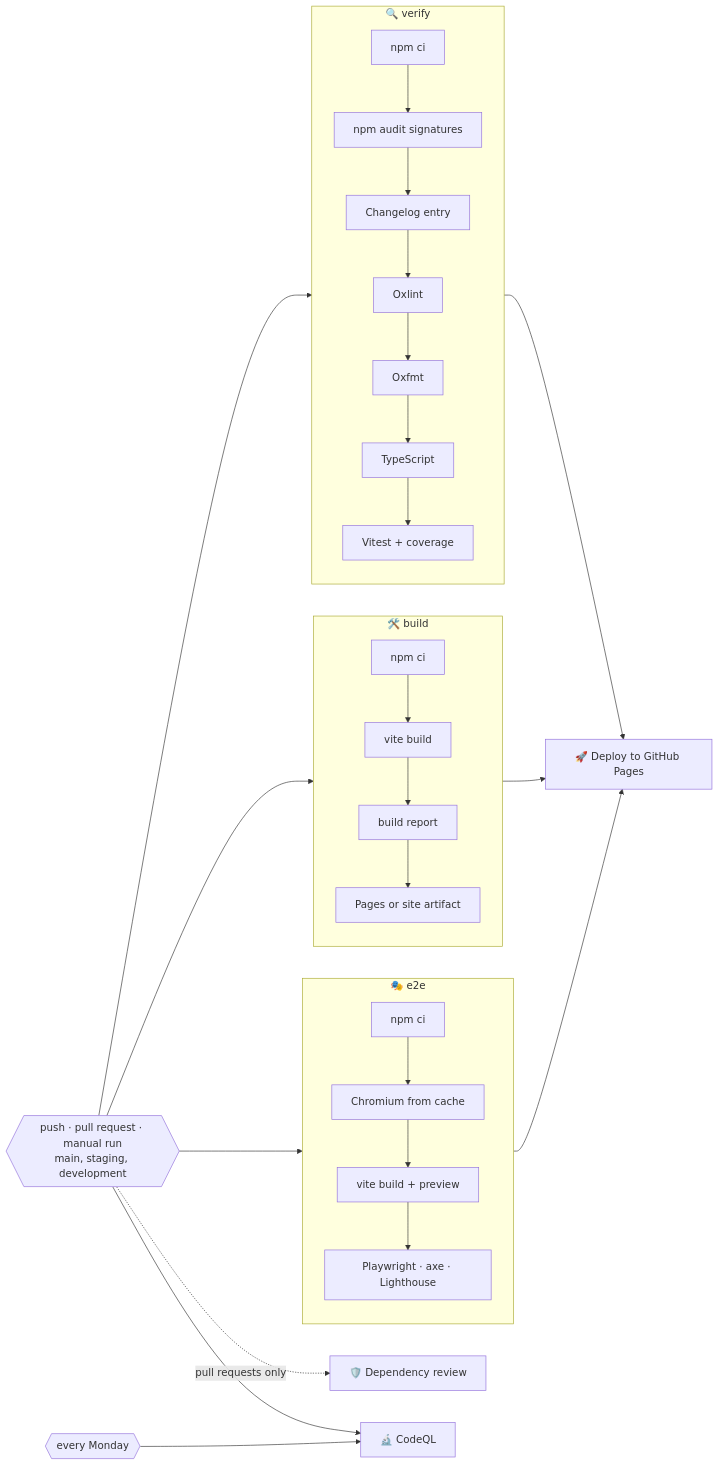
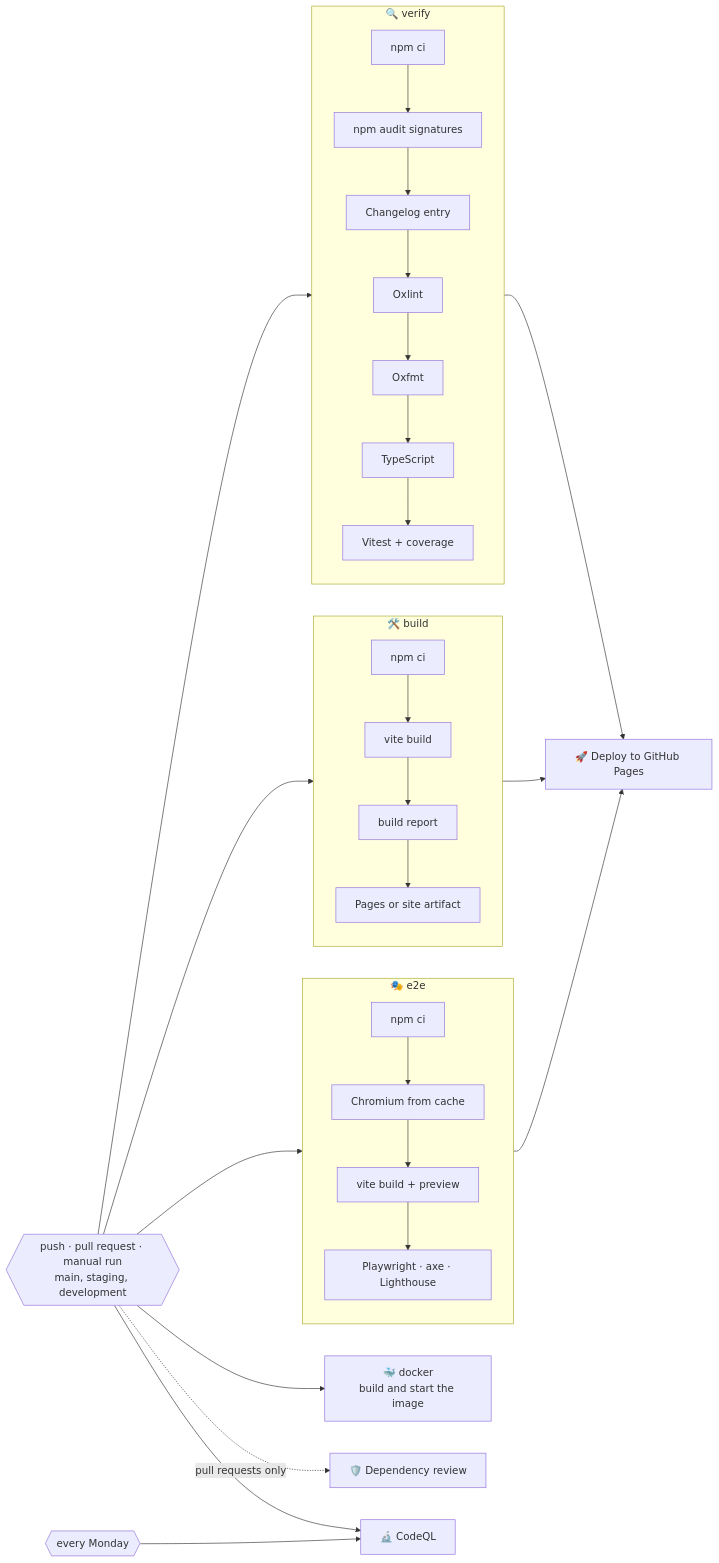
Before and after one commit to sacrificed666/react-todo-app: the first of 2 diagrams in docs/deployment.md, drawn with Mermaid. The commit also changed other lines of this file and 82 other files, not shown here.

````diff
--- a/docs/deployment.md
+++ b/docs/deployment.md
@@ -7,28 +7,29 @@
 ```mermaid
 flowchart LR
   Trigger{{"push · pull request · manual run<br/>main, staging, development"}} --> Verify
   Trigger --> Build
   Trigger --> E2E
+  Trigger --> Docker[🐳 docker<br/>build and start the image]
   Trigger -. pull requests only .-> Review[🛡️ Dependency review]
   Trigger --> CodeQL[🔬 CodeQL]
   Weekly{{"every Monday"}} --> CodeQL
 
   subgraph Verify[🔍 verify]
     direction TB
     V1[npm ci] --> V2[npm audit signatures] --> V3[Changelog entry] --> V4[Oxlint] --> V5[Oxfmt] --> V6[TypeScript] --> V7[Vitest + coverage]
   end
 
   subgraph Build[🛠️ build]
     direction TB
     B1[npm ci] --> B2[vite build] --> B3[build report] --> B4[Pages or site artifact]
   end
 
   subgraph E2E[🎭 e2e]
     direction TB
     E1[npm ci] --> E2[Chromium from cache] --> E3[vite build + preview] --> E4[Playwright · axe · Lighthouse]
   end
 
   Verify --> Deploy[🚀 Deploy to GitHub Pages]
   Build --> Deploy
   E2E --> Deploy
 ```
````
